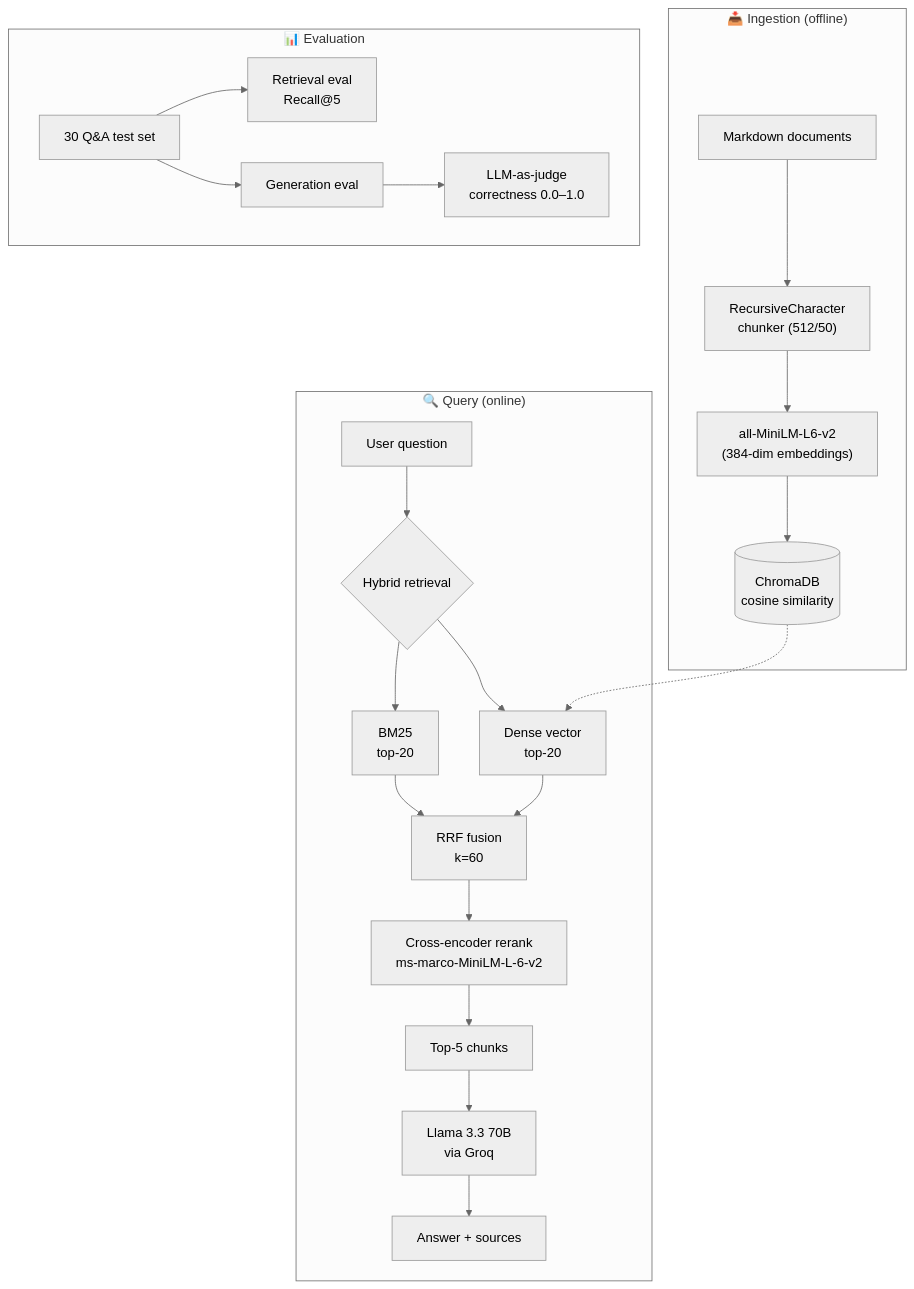
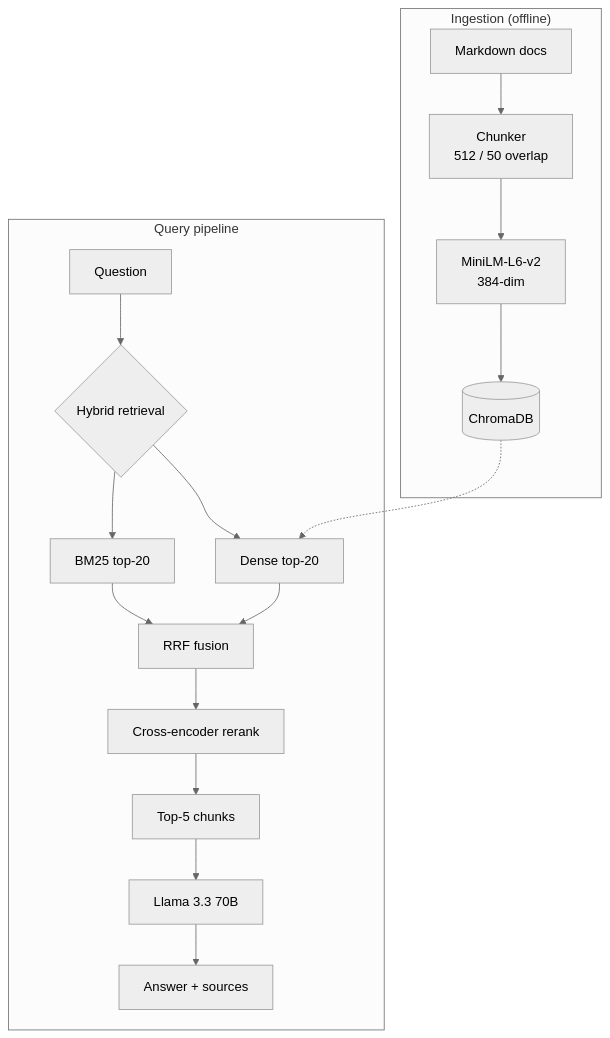
The diagram in README.md (Farxida/rag-assistant-reference), drawn with Mermaid (neutral theme) before and after one commit. The commit also changed other lines of this file and 4 other files, not shown here.

First line of the commit message:
Polish charts and shorten eval section

````diff
--- a/README.md
+++ b/README.md
@@ -34,28 +34,22 @@
 ```mermaid
 flowchart TB
-    subgraph ingest["📥 Ingestion (offline)"]
-        A1[Markdown documents] --> A2["RecursiveCharacter<br/>chunker (512/50)"]
-        A2 --> A3["all-MiniLM-L6-v2<br/>(384-dim embeddings)"]
-        A3 --> A4[(ChromaDB<br/>cosine similarity)]
+    subgraph ingest["Ingestion (offline)"]
+        A1[Markdown docs] --> A2["Chunker<br/>512 / 50 overlap"]
+        A2 --> A3["MiniLM-L6-v2<br/>384-dim"]
+        A3 --> A4[(ChromaDB)]
     end
 
-    subgraph query["🔍 Query (online)"]
-        B1[User question] --> B2{Hybrid retrieval}
-        B2 --> B3["Dense vector<br/>top-20"]
-        B2 --> B4["BM25<br/>top-20"]
-        B3 --> B5[RRF fusion<br/>k=60]
+    subgraph query["Query pipeline"]
+        B1[Question] --> B2{Hybrid retrieval}
+        B2 --> B3[Dense top-20]
+        B2 --> B4[BM25 top-20]
+        B3 --> B5[RRF fusion]
         B4 --> B5
-        B5 --> B6["Cross-encoder rerank<br/>ms-marco-MiniLM-L-6-v2"]
-        B6 --> B7["Top-5 chunks"]
-        B7 --> B8["Llama 3.3 70B<br/>via Groq"]
+        B5 --> B6[Cross-encoder rerank]
+        B6 --> B7[Top-5 chunks]
+        B7 --> B8[Llama 3.3 70B]
         B8 --> B9[Answer + sources]
     end
 
     A4 -.-> B3
-
-    subgraph eval["📊 Evaluation"]
-        C1[30 Q&A test set] --> C2[Retrieval eval<br/>Recall@5]
-        C1 --> C3[Generation eval]
-        C3 --> C4[LLM-as-judge<br/>correctness 0.0–1.0]
-    end
 ```
````
